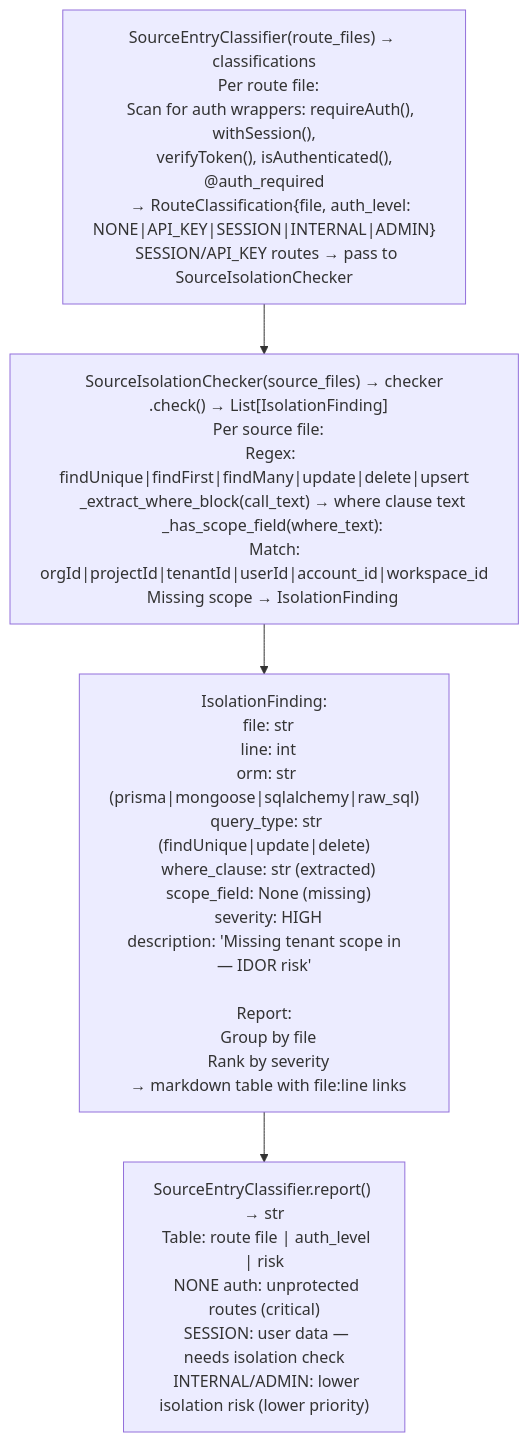
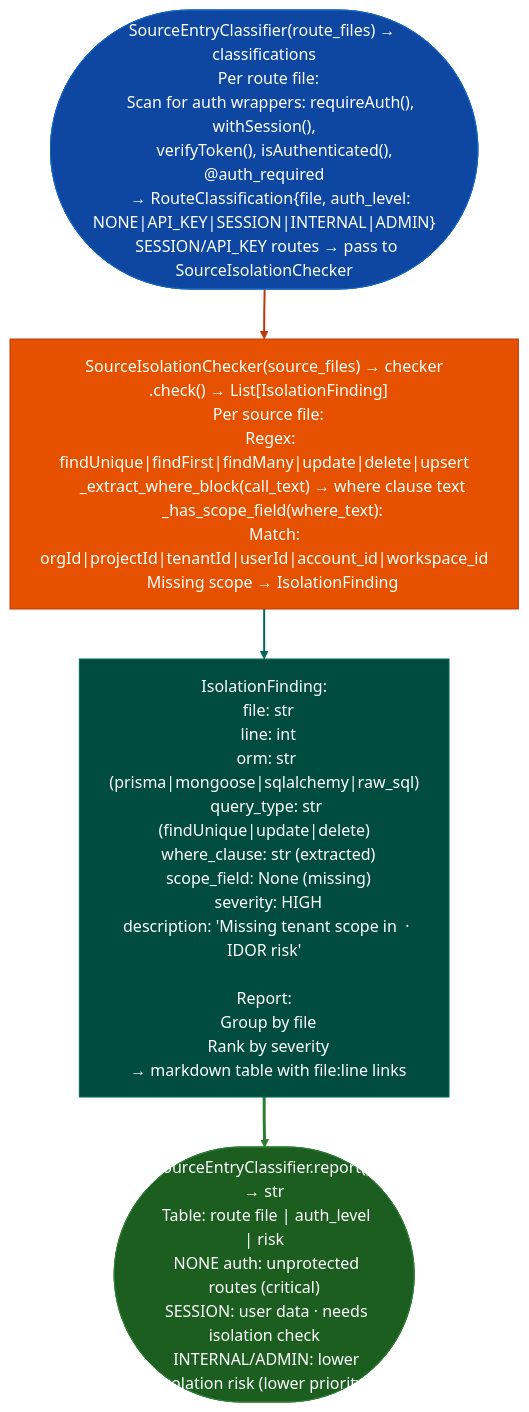
The diagram in docs/reference-modules/tenant-isolation-checks.md (Ablation-Tool/ablation), drawn with Mermaid before and after one commit. The commit also changed 320 other files, not shown here.

First line of the commit message:
docs: apply canonical Mermaid template to all 321 diagrams

````diff
--- a/docs/reference-modules/tenant-isolation-checks.md
+++ b/docs/reference-modules/tenant-isolation-checks.md
@@ -19,6 +19,15 @@
 ```mermaid
 flowchart TD
-    A["SourceEntryClassifier(route_files) → classifications\n  Per route file:\n    Scan for auth wrappers: requireAuth(), withSession(),\n      verifyToken(), isAuthenticated(), @auth_required\n    → RouteClassification{file, auth_level: NONE|API_KEY|SESSION|INTERNAL|ADMIN}\n  SESSION/API_KEY routes → pass to SourceIsolationChecker"] --> B["SourceIsolationChecker(source_files) → checker\n  .check() → List[IsolationFinding]\n  Per source file:\n    Regex: findUnique|findFirst|findMany|update|delete|upsert\n    _extract_where_block(call_text) → where clause text\n    _has_scope_field(where_text):\n      Match: orgId|projectId|tenantId|userId|account_id|workspace_id\n    Missing scope → IsolationFinding"]
-    B --> C["IsolationFinding:\n  file: str\n  line: int\n  orm: str (prisma|mongoose|sqlalchemy|raw_sql)\n  query_type: str (findUnique|update|delete)\n  where_clause: str (extracted)\n  scope_field: None (missing)\n  severity: HIGH\n  description: 'Missing tenant scope in <query_type> — IDOR risk'\n\nReport:\n  Group by file\n  Rank by severity\n  → markdown table with file:line links"]
-    C --> D["SourceEntryClassifier.report() → str\n  Table: route file | auth_level | risk\n  NONE auth: unprotected routes (critical)\n  SESSION: user data — needs isolation check\n  INTERNAL/ADMIN: lower isolation risk (lower priority)"]
+    A(["SourceEntryClassifier(route_files) → classifications\n  Per route file:\n    Scan for auth wrappers: requireAuth(), withSession(),\n      verifyToken(), isAuthenticated(), @auth_required\n    → RouteClassification{file, auth_level: NONE|API_KEY|SESSION|INTERNAL|ADMIN}\n  SESSION/API_KEY routes → pass to SourceIsolationChecker"]):::input --> B["SourceIsolationChecker(source_files) → checker\n  .check() → List[IsolationFinding]\n  Per source file:\n    Regex: findUnique|findFirst|findMany|update|delete|upsert\n    _extract_where_block(call_text) → where clause text\n    _has_scope_field(where_text):\n      Match: orgId|projectId|tenantId|userId|account_id|workspace_id\n    Missing scope → IsolationFinding"]:::primary
+    B:::primary --> C["IsolationFinding:\n  file: str\n  line: int\n  orm: str (prisma|mongoose|sqlalchemy|raw_sql)\n  query_type: str (findUnique|update|delete)\n  where_clause: str (extracted)\n  scope_field: None (missing)\n  severity: HIGH\n  description: 'Missing tenant scope in <query_type> · IDOR risk'\n\nReport:\n  Group by file\n  Rank by severity\n  → markdown table with file:line links"]:::secondary
+    C:::secondary --> D(["SourceEntryClassifier.report() → str\n  Table: route file | auth_level | risk\n  NONE auth: unprotected routes (critical)\n  SESSION: user data · needs isolation check\n  INTERNAL/ADMIN: lower isolation risk (lower priority)"]):::output
+    classDef input     fill:#0d47a1,stroke:#1565c0,color:#fff
+    classDef primary   fill:#e65100,stroke:#bf360c,color:#fff
+    classDef secondary fill:#004d40,stroke:#00695c,color:#fff
+    classDef tertiary  fill:#4a148c,stroke:#6a1b9a,color:#fff
+    classDef neutral   fill:#37474f,stroke:#546e7a,color:#fff
+    classDef output    fill:#1b5e20,stroke:#2e7d32,color:#fff
+    linkStyle 0 stroke:#bf360c,stroke-width:2px
+    linkStyle 1 stroke:#00695c,stroke-width:2px
+    linkStyle 2 stroke:#2e7d32,stroke-width:3px
 ```
````
